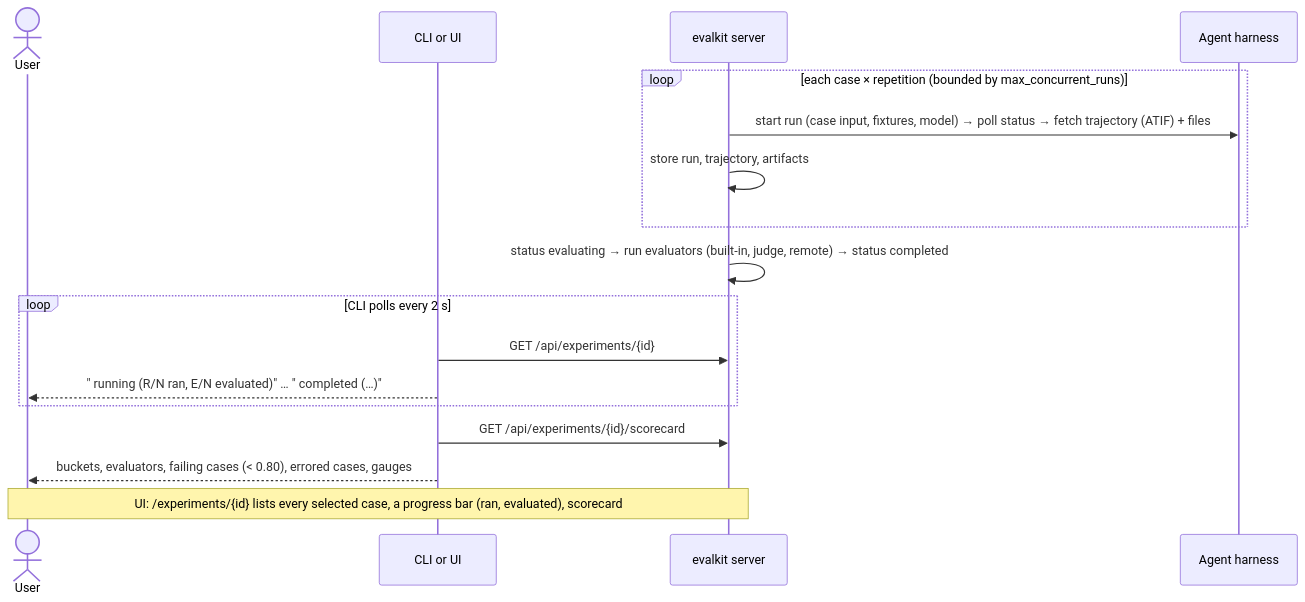
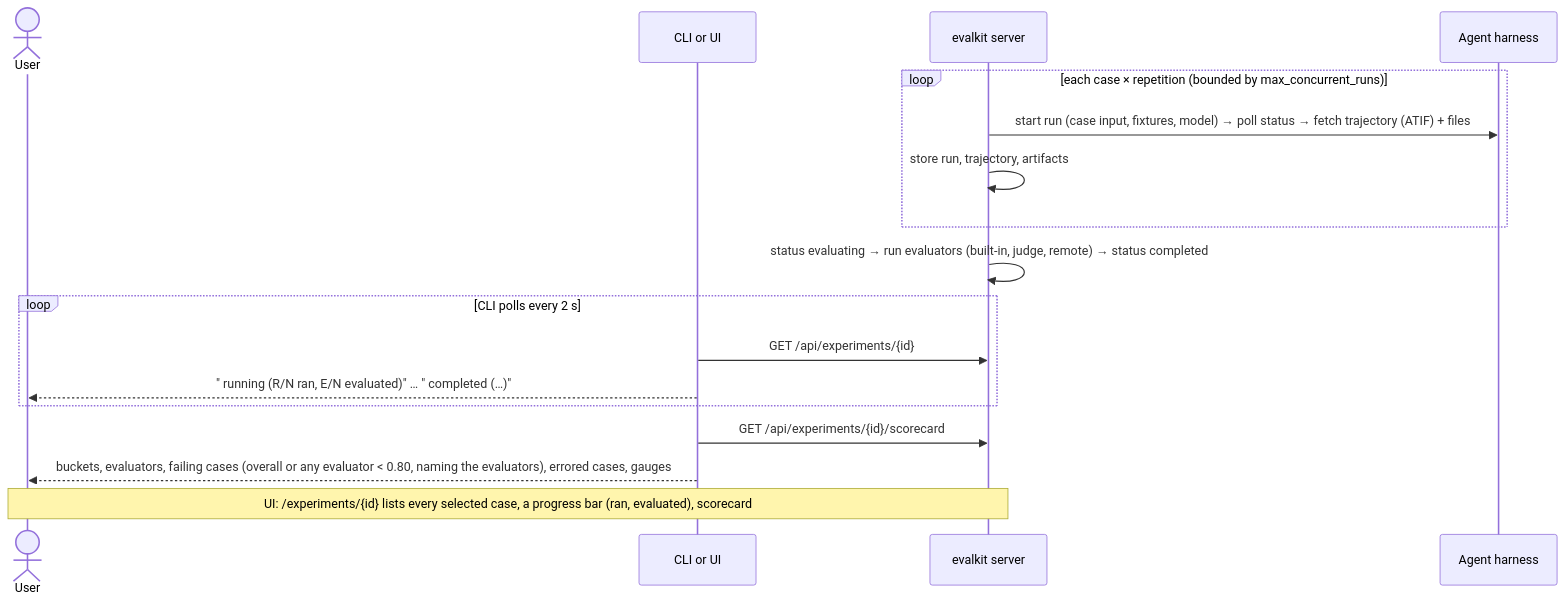
One commit to inferedge-ai/evalkit changed the second of 3 diagrams in docs/flows/06-server-run.md. Above: the diagram before and after it, drawn with Mermaid. The commit also changed 9 other files, not shown here.

````diff
--- a/docs/flows/06-server-run.md
+++ b/docs/flows/06-server-run.md
@@ -44,19 +44,19 @@
 ```mermaid
 sequenceDiagram
   actor U as User
   participant C as CLI or UI
   participant S as evalkit server
   participant H as Agent harness
   loop each case × repetition (bounded by max_concurrent_runs)
     S->>H: start run (case input, fixtures, model) → poll status → fetch trajectory (ATIF) + files
     S->>S: store run, trajectory, artifacts
   end
   S->>S: status evaluating → run evaluators (built-in, judge, remote) → status completed
   loop CLI polls every 2 s
     C->>S: GET /api/experiments/{id}
     C-->>U: "  running (R/N ran, E/N evaluated)" … "  completed (…)"
   end
   C->>S: GET /api/experiments/{id}/scorecard
-  C-->>U: buckets, evaluators, failing cases (< 0.80), errored cases, gauges
+  C-->>U: buckets, evaluators, failing cases (overall or any evaluator < 0.80, naming the evaluators), errored cases, gauges
   Note over U,S: UI: /experiments/{id} lists every selected case, a progress bar (ran, evaluated), scorecard
 ```
````
